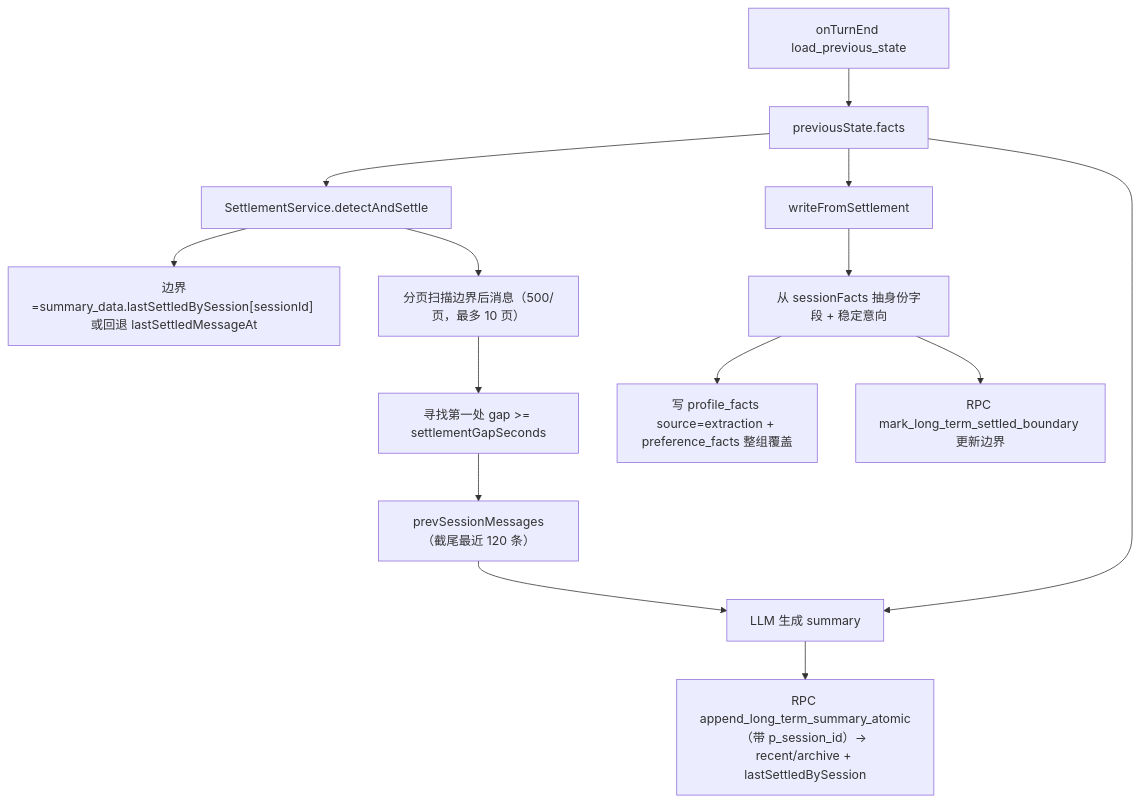
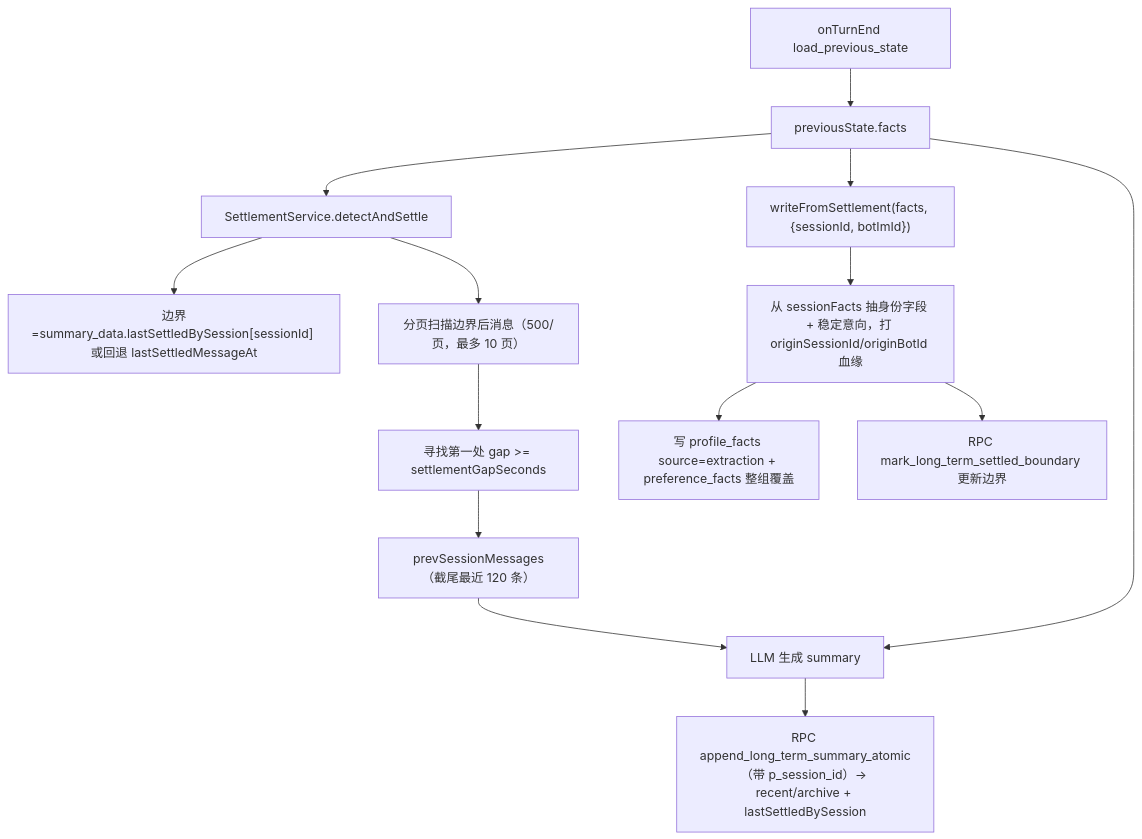
One commit to huajune/cake-agent-runtime changed the fifth of 5 diagrams in docs/architecture/memory-and-hints-data-flow.md. Above: the diagram before and after it, drawn with Mermaid. The commit also changed other lines of this file and 13 other files, not shown here.

````diff
--- a/docs/architecture/memory-and-hints-data-flow.md
+++ b/docs/architecture/memory-and-hints-data-flow.md
@@ -407,16 +416,16 @@
 ```mermaid
 flowchart TD
   A["onTurnEnd load_previous_state"] --> B["previousState.facts"]
   B --> C["SettlementService.detectAndSettle"]
   C --> D["边界=summary_data.lastSettledBySession[sessionId] 或回退 lastSettledMessageAt"]
   C --> E["分页扫描边界后消息（500/页，最多 10 页）"]
   E --> F["寻找第一处 gap >= settlementGapSeconds"]
   F --> G["prevSessionMessages（截尾最近 120 条）"]
   G --> H["LLM 生成 summary"]
   B --> H
   H --> I["RPC append_long_term_summary_atomic（带 p_session_id）→ recent/archive + lastSettledBySession"]
-  B --> J["writeFromSettlement"]
-  J --> K["从 sessionFacts 抽身份字段 + 稳定意向"]
+  B --> J["writeFromSettlement(facts, {sessionId, botImId})"]
+  J --> K["从 sessionFacts 抽身份字段 + 稳定意向，打 originSessionId/originBotId 血缘"]
   K --> L["写 profile_facts source=extraction + preference_facts 整组覆盖"]
   K --> M["RPC mark_long_term_settled_boundary 更新边界"]
 ```
````
